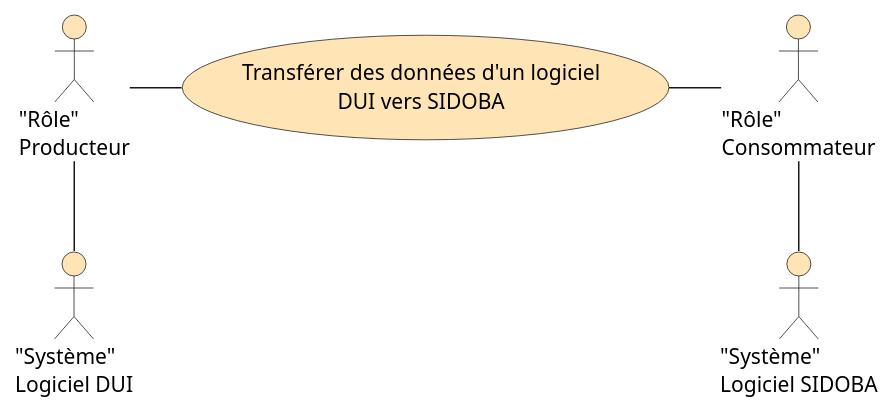
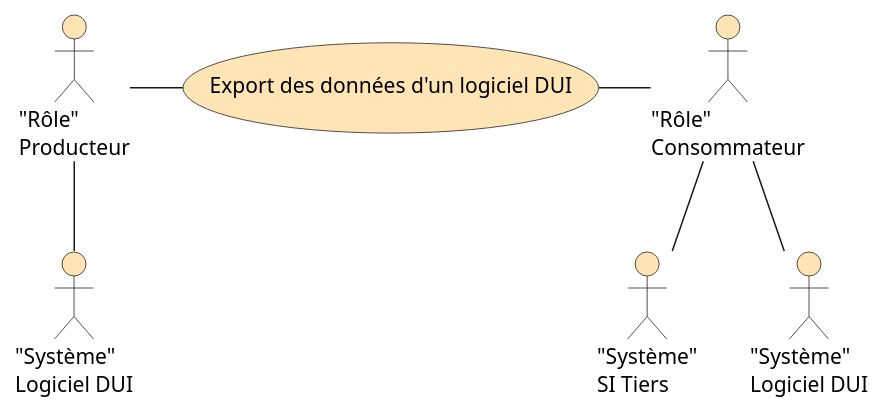
The diagram in input/images-source/processus3.plantuml (ansforge/IG-fhir-transfert-donnees-dui-esms), drawn with PlantUML before and after one commit. The commit also changed 4 other files, not shown here.

```diff
--- a/input/images-source/processus3.plantuml
+++ b/input/images-source/processus3.plantuml
@@ -1,15 +1,17 @@
 @startuml
 
 :"Rôle"\nProducteur: as P #Moccasin
 :"Rôle"\nConsommateur: as C #Moccasin
 :"Système"\nLogiciel DUI: as L #Moccasin
-:"Système"\nLogiciel SIDOBA: as S #Moccasin
+:"Système"\nLogiciel DUI: as S #Moccasin
+:"Système"\nSI Tiers: as O #Moccasin
 
-(Transférer des données d'un logiciel\nDUI vers SIDOBA) as c #Moccasin
+(Export des données d'un logiciel DUI) as c #Moccasin
 
 c - C
 P - c
 P -- L
 C -- S
+C -- O
 
 @enduml
```
